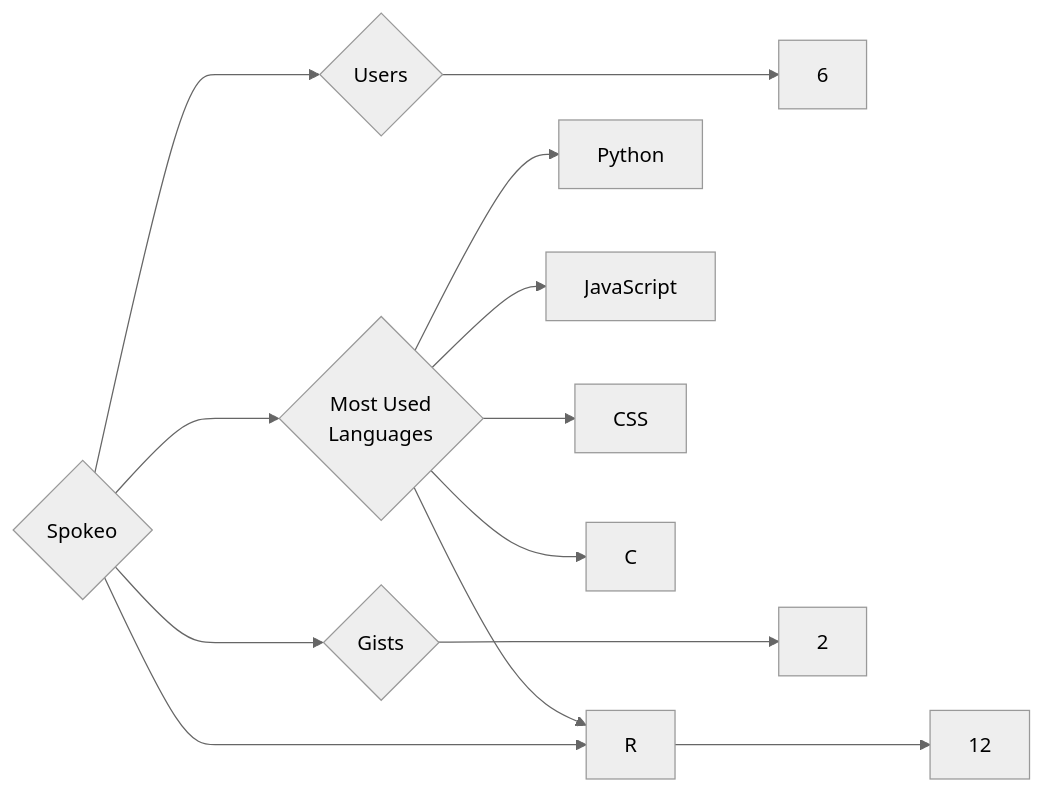
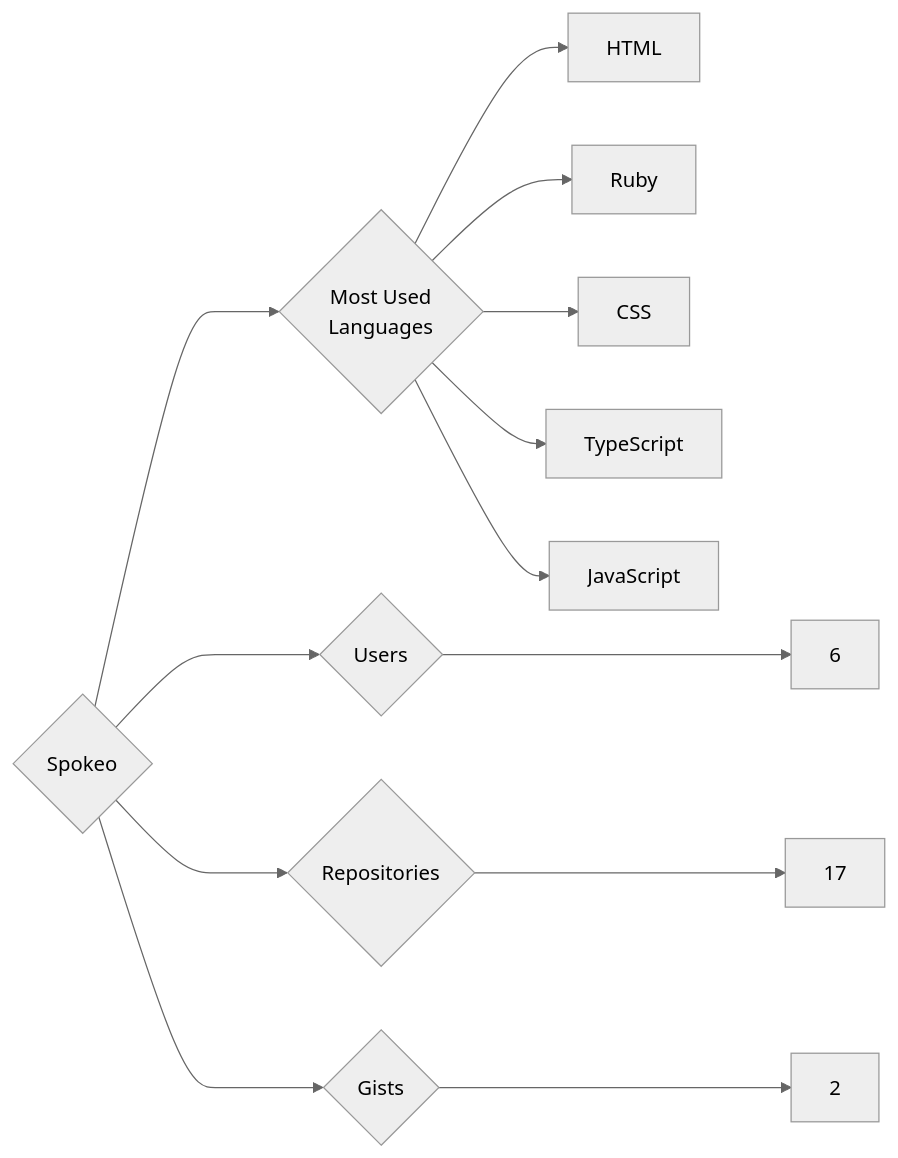
The diagram in targets/Spokeo/README.md (trickest/insiders), drawn with Mermaid (neutral theme) before and after one commit. The commit also changed 955 other files, not shown here.

````diff
--- a/targets/Spokeo/README.md
+++ b/targets/Spokeo/README.md
@@ -3,13 +3,13 @@
 ```mermaid
 graph LR
 COMPANY_NAME{Spokeo}
 COMPANY_NAME ---> U{Users} ---> UN[6]
-COMPANY_NAME ---> R{Repositories} ---> RN[12]
+COMPANY_NAME ---> R{Repositories} ---> RN[17]
 COMPANY_NAME ---> G{Gists} ---> GN[2]
 COMPANY_NAME ---> ML{Most Used<br>Languages}
-ML --> Python[Python]
-ML --> R[R]
+ML --> HTML[HTML]
+ML --> Ruby[Ruby]
+ML --> CSS[CSS]
+ML --> TypeScript[TypeScript]
 ML --> JavaScript[JavaScript]
-ML --> CSS[CSS]
-ML --> C[C]
 ```
````
